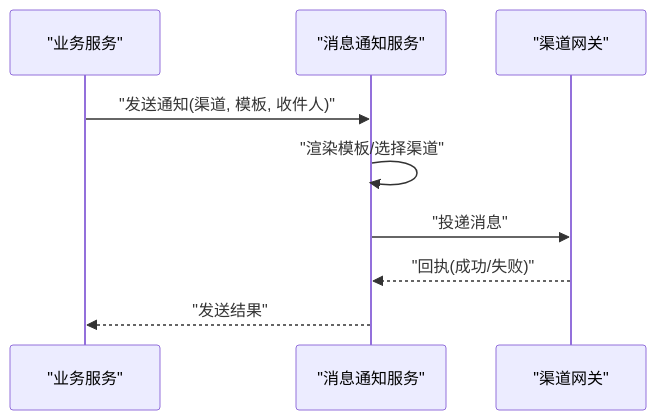
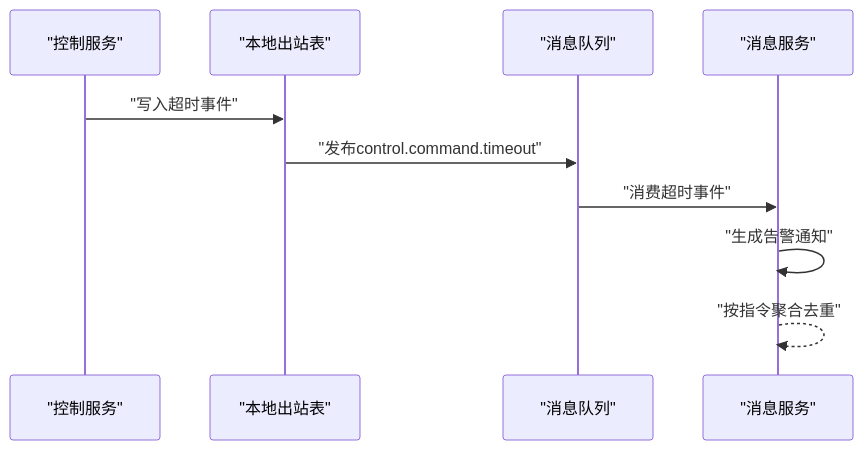
Diagram 14 of 28 in .qoder/repowiki/zh/content/核心服务文档/其他业务服务.md (q446328246/agri-platform), drawn with Mermaid before and after one commit. The commit also changed other lines of this file and 52 other files, not shown here.

````diff
--- a/.qoder/repowiki/zh/content/核心服务文档/其他业务服务.md
+++ b/.qoder/repowiki/zh/content/核心服务文档/其他业务服务.md
@@ -304,11 +482,12 @@
 ```mermaid
 sequenceDiagram
-participant Svc as "业务服务"
-participant MS as "消息通知服务"
-participant CH as "渠道网关"
-Svc->>MS : "发送通知(渠道, 模板, 收件人)"
-MS->>MS : "渲染模板/选择渠道"
-MS->>CH : "投递消息"
-CH-->>MS : "回执(成功/失败)"
-MS-->>Svc : "发送结果"
+participant CS as "控制服务"
+participant OUTBOX as "本地出站表"
+participant MQ as "消息队列"
+participant MS as "消息服务"
+CS->>OUTBOX : "写入超时事件"
+OUTBOX->>MQ : "发布control.command.timeout"
+MQ->>MS : "消费超时事件"
+MS->>MS : "生成告警通知"
+MS-->>MS : "按指令聚合去重"
 ```
````
